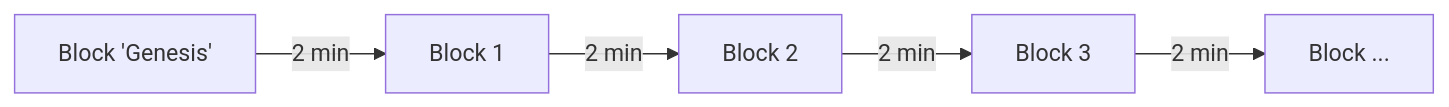
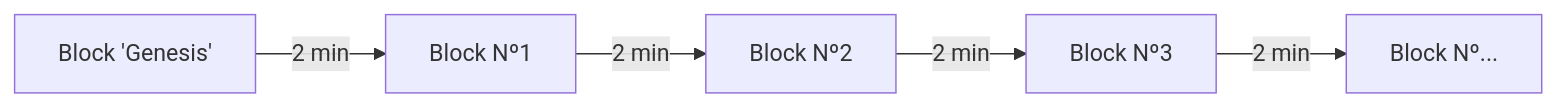
The first of 4 diagrams in docs/into-the-woods/prepwork-0-what-is-blockchain/1-blockchain-101.md (DeCo-Education/DeCo-Docs), drawn with Mermaid before and after one commit. The commit also changed other lines of this file, not shown here.

````diff
--- a/docs/into-the-woods/prepwork-0-what-is-blockchain/1-blockchain-101.md
+++ b/docs/into-the-woods/prepwork-0-what-is-blockchain/1-blockchain-101.md
@@ -29,7 +29,7 @@
 ```mermaid
 graph LR
-Block0[Block 'Genesis'] -->|2 min| Block1[Block 1]
-Block1 -->|2 min| Block2[Block 2]
-Block2 -->|2 min| Block3[Block 3]
-Block3 -->|2 min| Block4[Block ...]
+Block0[Block 'Genesis'] -->|2 min| Block1[Block Nº1]
+Block1 -->|2 min| Block2[Block Nº2]
+Block2 -->|2 min| Block3[Block Nº3]
+Block3 -->|2 min| Block4[Block Nº...]
 ```
````
